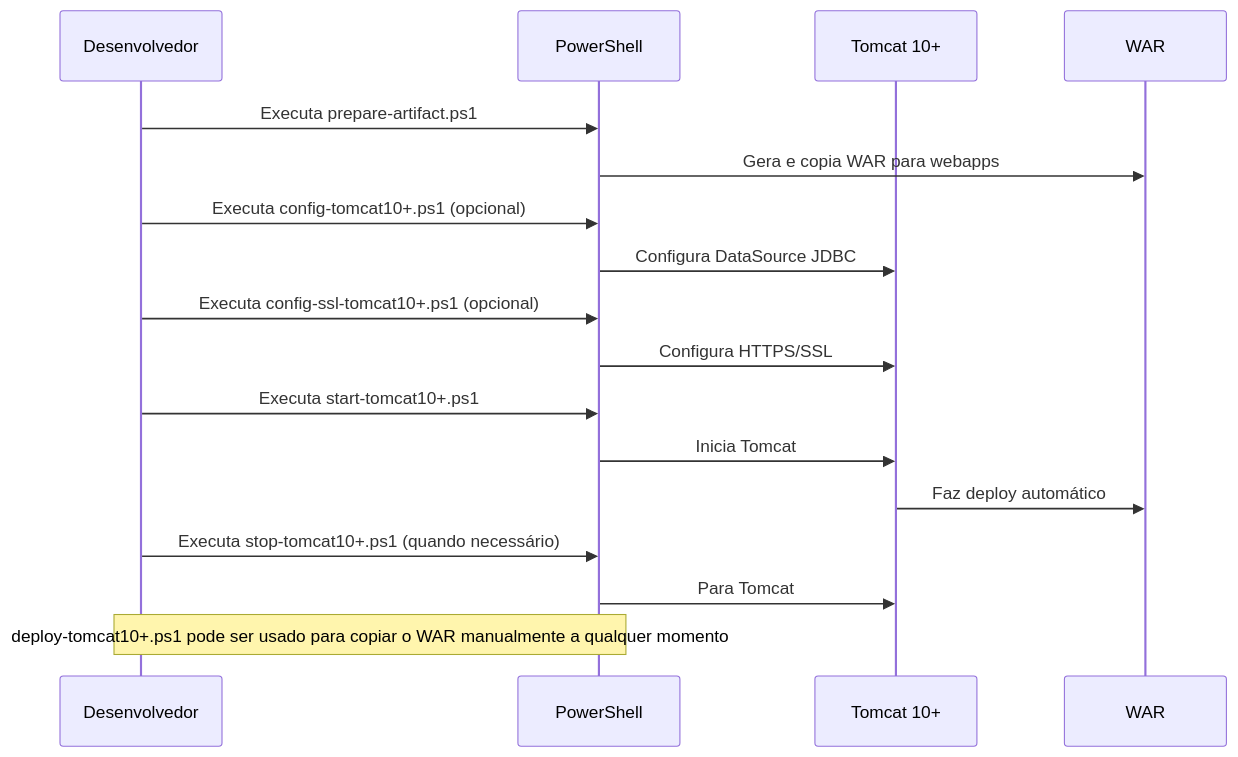
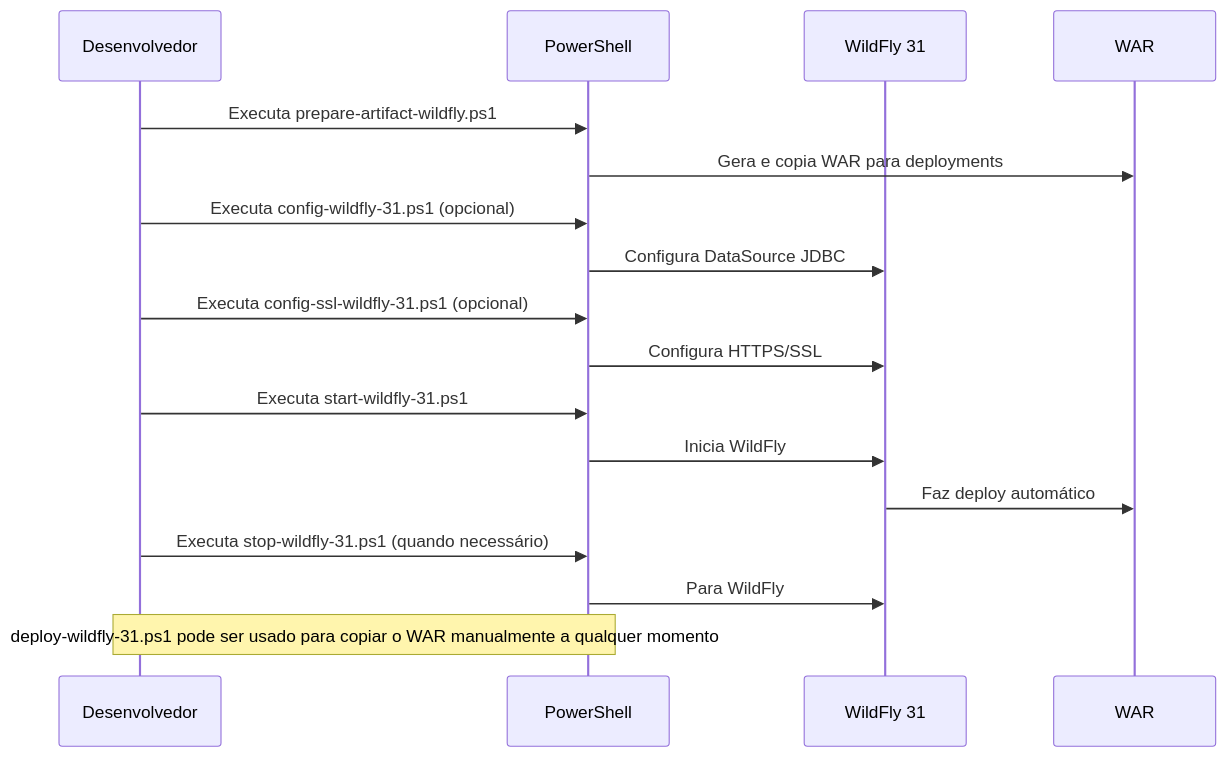
One commit to chmulato/csonline changed the diagram in README.md. Above: the diagram before and after it, drawn with Mermaid. The commit also changed other lines of this file and 12 other files, not shown here.

Commit message:
Refactor README and scripts for WildFly 31 integration; remove Tomcat-specific scripts

````diff
--- a/README.md
+++ b/README.md
@@ -29,20 +30,20 @@
 ```mermaid
 sequenceDiagram
     participant Dev as Desenvolvedor
     participant PS as PowerShell
-    participant Tomcat as Tomcat 10+
+    participant WildFly as WildFly 31
     participant WAR as WAR
 
-    Dev->>PS: Executa prepare-artifact.ps1
-    PS->>WAR: Gera e copia WAR para webapps
-    Dev->>PS: Executa config-tomcat10+.ps1 (opcional)
-    PS->>Tomcat: Configura DataSource JDBC
-    Dev->>PS: Executa config-ssl-tomcat10+.ps1 (opcional)
-    PS->>Tomcat: Configura HTTPS/SSL
-    Dev->>PS: Executa start-tomcat10+.ps1
-    PS->>Tomcat: Inicia Tomcat
-    Tomcat->>WAR: Faz deploy automático
-    Dev->>PS: Executa stop-tomcat10+.ps1 (quando necessário)
-    PS->>Tomcat: Para Tomcat
-    Note over Dev,PS: deploy-tomcat10+.ps1 pode ser usado para copiar o WAR manualmente a qualquer momento
+    Dev->>PS: Executa prepare-artifact-wildfly.ps1
+    PS->>WAR: Gera e copia WAR para deployments
+    Dev->>PS: Executa config-wildfly-31.ps1 (opcional)
+    PS->>WildFly: Configura DataSource JDBC
+    Dev->>PS: Executa config-ssl-wildfly-31.ps1 (opcional)
+    PS->>WildFly: Configura HTTPS/SSL
+    Dev->>PS: Executa start-wildfly-31.ps1
+    PS->>WildFly: Inicia WildFly
+    WildFly->>WAR: Faz deploy automático
+    Dev->>PS: Executa stop-wildfly-31.ps1 (quando necessário)
+    PS->>WildFly: Para WildFly
+    Note over Dev,PS: deploy-wildfly-31.ps1 pode ser usado para copiar o WAR manualmente a qualquer momento
 ```
````
